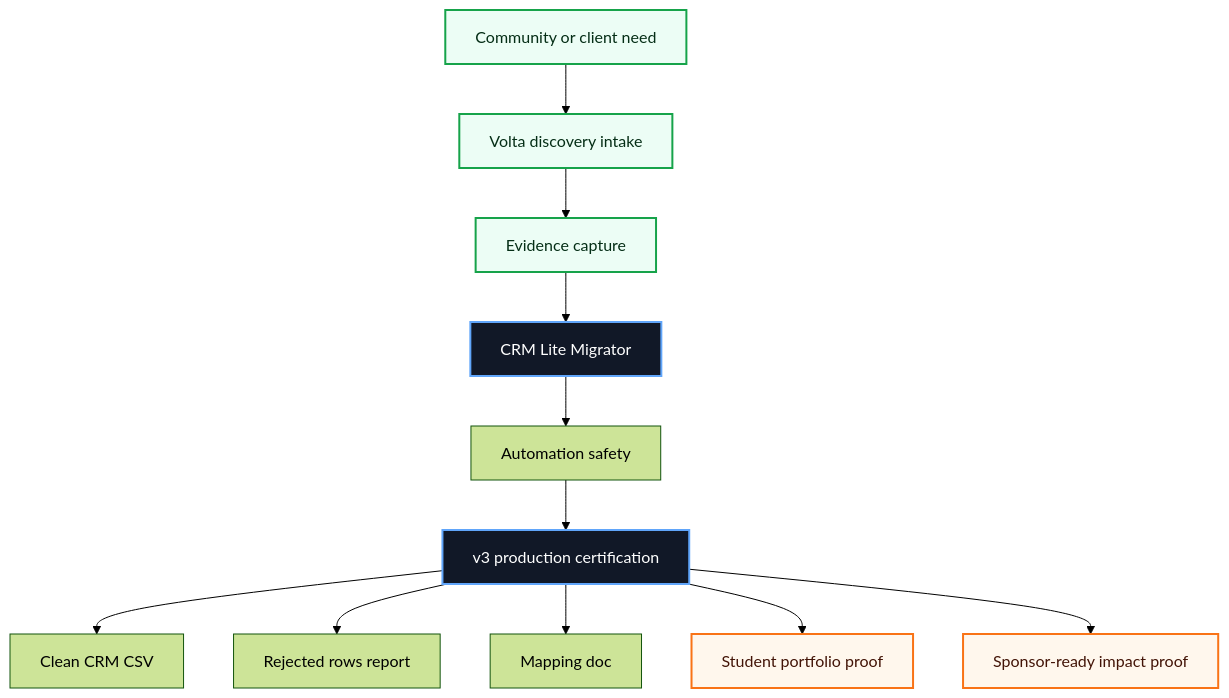
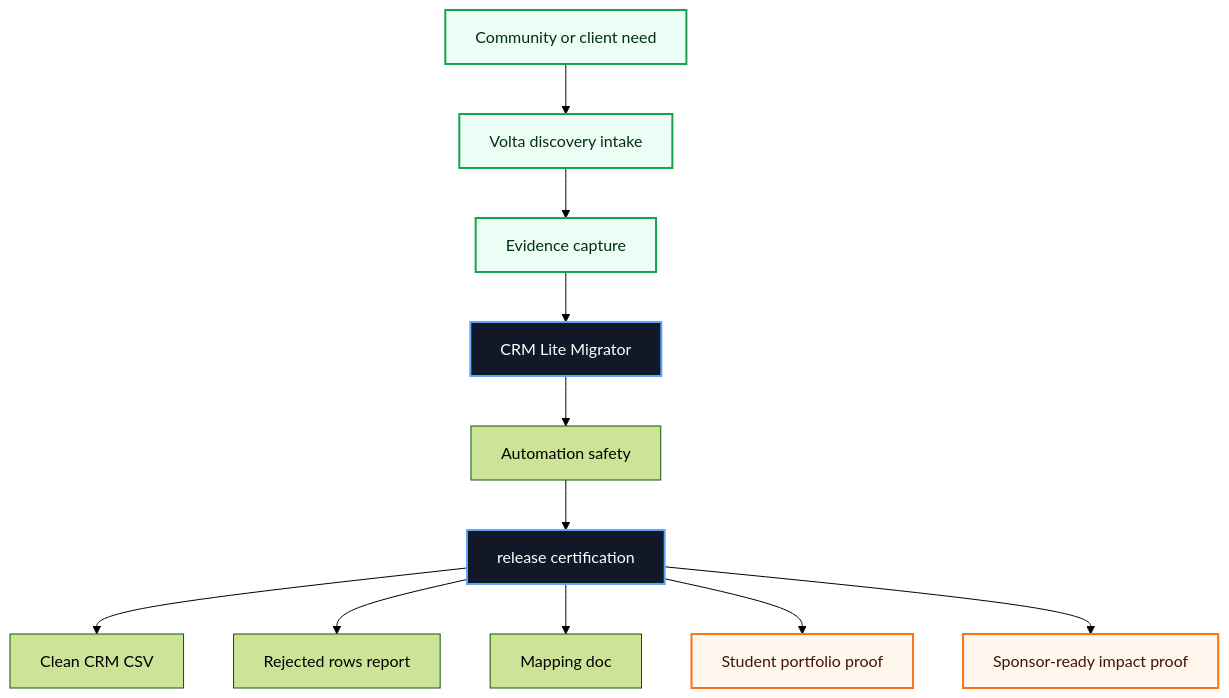
One commit to volta-npo/crm-lite-migrator changed the first of 3 diagrams in README.md. Above: the diagram before and after it, drawn with Mermaid (forest theme). The commit also changed other lines of this file and 28 other files, not shown here.

````diff
--- a/README.md
+++ b/README.md
@@ -43,20 +43,20 @@
 ```mermaid
 flowchart TD
     Need["Community or client need"] --> Intake["Volta discovery intake"]
     Intake --> Evidence["Evidence capture"]
     Evidence --> Workbench["CRM Lite Migrator"]
     Workbench --> Score["Automation safety"]
-    Score --> Cert["v3 production certification"]
+    Score --> Cert["release certification"]
     Cert --> A1["Clean CRM CSV"]
     Cert --> A2["Rejected rows report"]
     Cert --> A3["Mapping doc"]
     Cert --> Student["Student portfolio proof"]
     Cert --> Sponsor["Sponsor-ready impact proof"]
 
     classDef volta fill:#111827,stroke:#60a5fa,color:#ffffff,stroke-width:2px;
     classDef equity fill:#ecfdf5,stroke:#16a34a,color:#052e16,stroke-width:2px;
     classDef proof fill:#fff7ed,stroke:#f97316,color:#431407,stroke-width:2px;
     class Workbench,Cert volta;
     class Need,Intake,Evidence equity;
     class Student,Sponsor proof;
 ```
````
